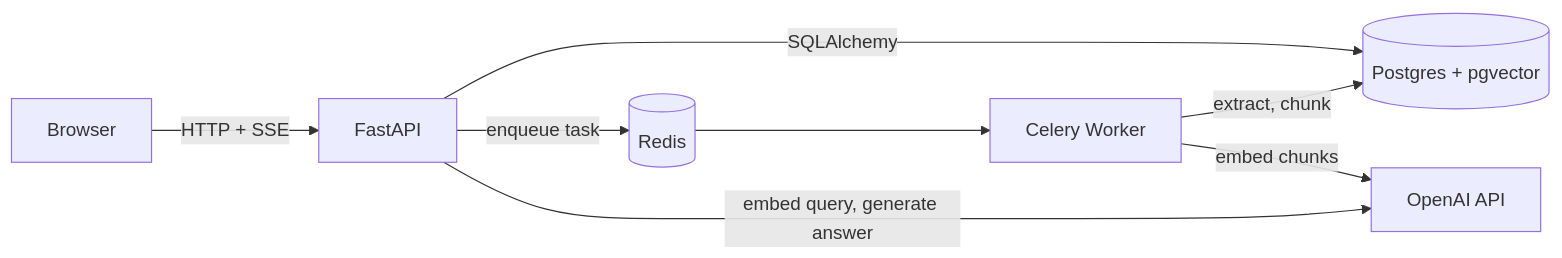
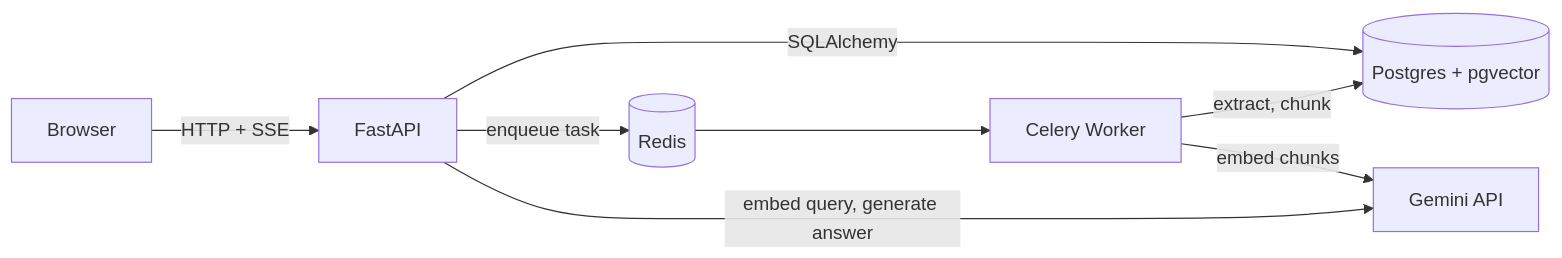
One commit to AjayTomar007/DocMindAI changed the first of 3 diagrams in docmind-ai/README.md. Above: the diagram before and after it, drawn with Mermaid. The commit also changed other lines of this file and 7 other files, not shown here.

Commit message:
Switch LLM provider from OpenAI to Google Gemini

````diff
--- a/docmind-ai/README.md
+++ b/docmind-ai/README.md
@@ -7,10 +7,10 @@
 ```mermaid
 flowchart LR
     Browser -->|HTTP + SSE| FastAPI
     FastAPI -->|SQLAlchemy| PG[(Postgres + pgvector)]
     FastAPI -->|enqueue task| Redis[(Redis)]
     Redis --> Worker[Celery Worker]
     Worker -->|extract, chunk| PG
-    Worker -->|embed chunks| OpenAI[OpenAI API]
-    FastAPI -->|embed query, generate answer| OpenAI
+    Worker -->|embed chunks| Gemini[Gemini API]
+    FastAPI -->|embed query, generate answer| Gemini
 ```
````
